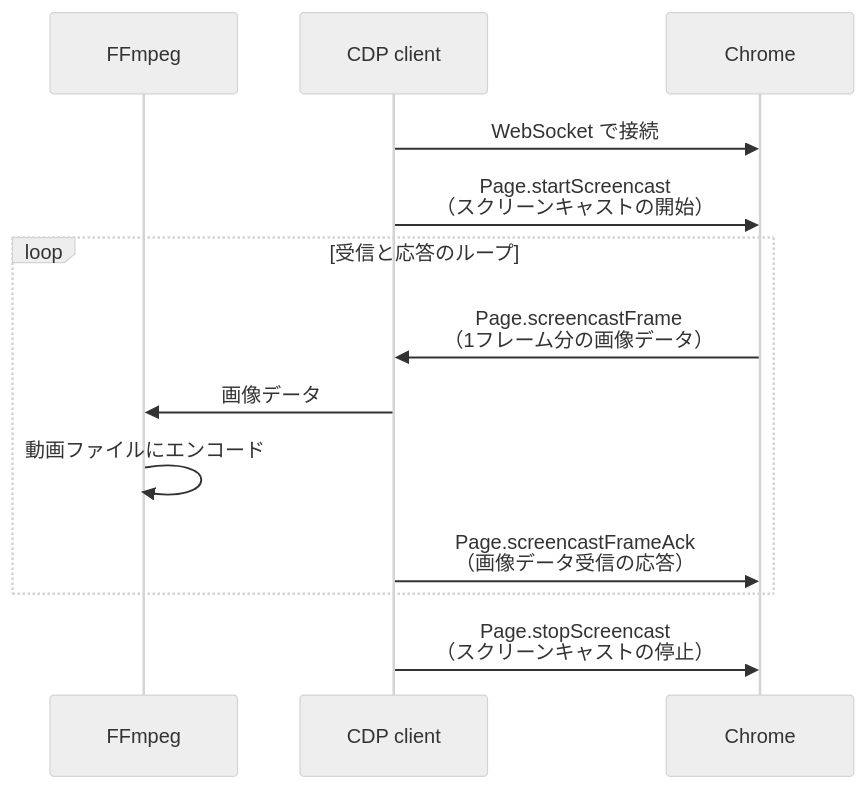
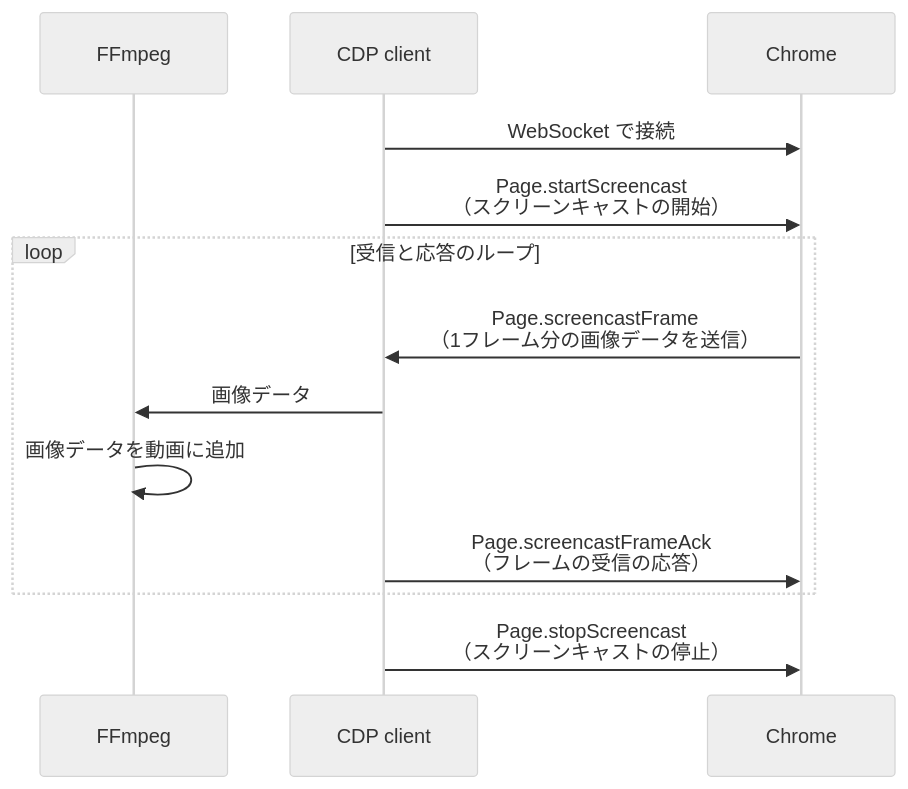
Before and after one commit to AudioStakes/zenn-content: the diagram in articles/be923fb9a59b75.md, drawn with Mermaid (neutral theme). The commit also changed other lines of this file, not shown here.

````diff
--- a/articles/be923fb9a59b75.md
+++ b/articles/be923fb9a59b75.md
@@ -50,19 +50,19 @@
 ```mermaid
 sequenceDiagram
     participant FFmpeg
     participant client as CDP client
     participant Browser as Chrome
 
     client->>Browser: WebSocket で接続
 
     client->>Browser: Page.startScreencast<br>（スクリーンキャストの開始）
 
     loop 受信と応答のループ
-        Browser->>client: Page.screencastFrame<br>（1フレーム分の画像データ）
+        Browser->>client: Page.screencastFrame<br>（1フレーム分の画像データを送信）
         client->>FFmpeg: 画像データ
-        FFmpeg->>FFmpeg: 動画ファイルにエンコード
-        client->>Browser: Page.screencastFrameAck<br>（画像データ受信の応答）
+        FFmpeg->>FFmpeg: 画像データを動画に追加
+        client->>Browser: Page.screencastFrameAck<br>（フレームの受信の応答）
     end
 
     client->>Browser: Page.stopScreencast<br>（スクリーンキャストの停止）
 ```
````
